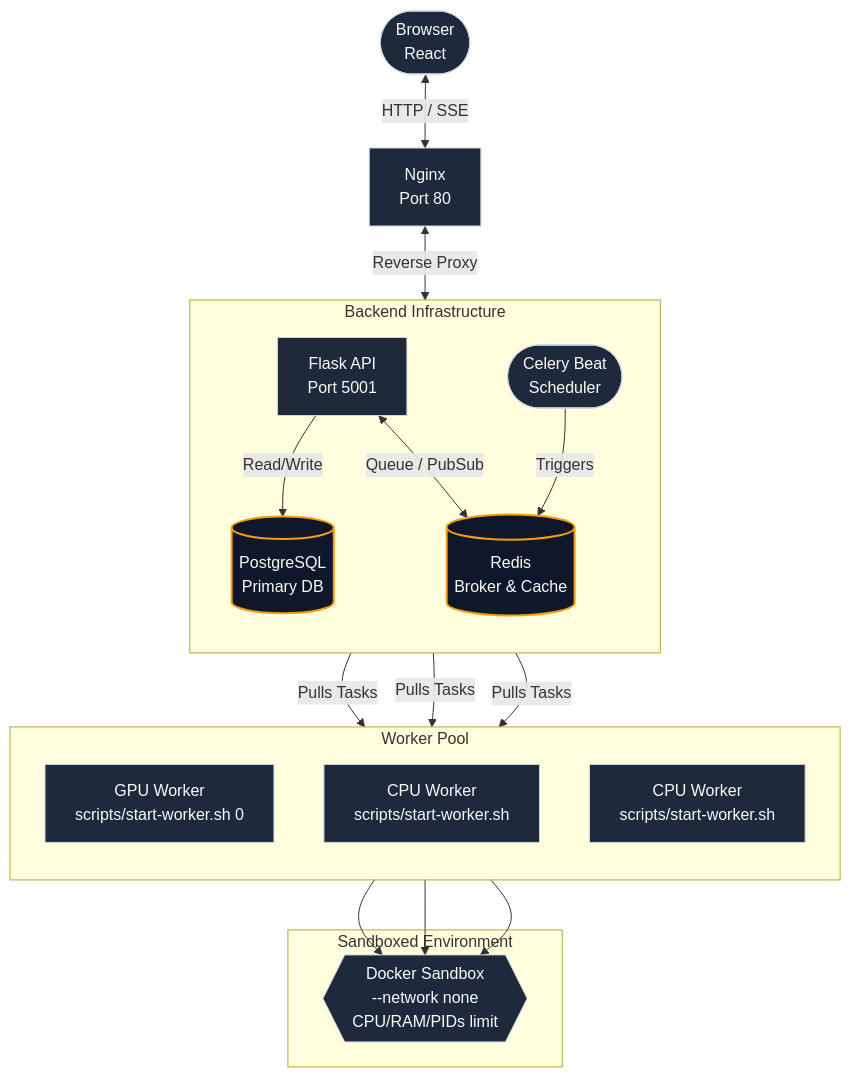
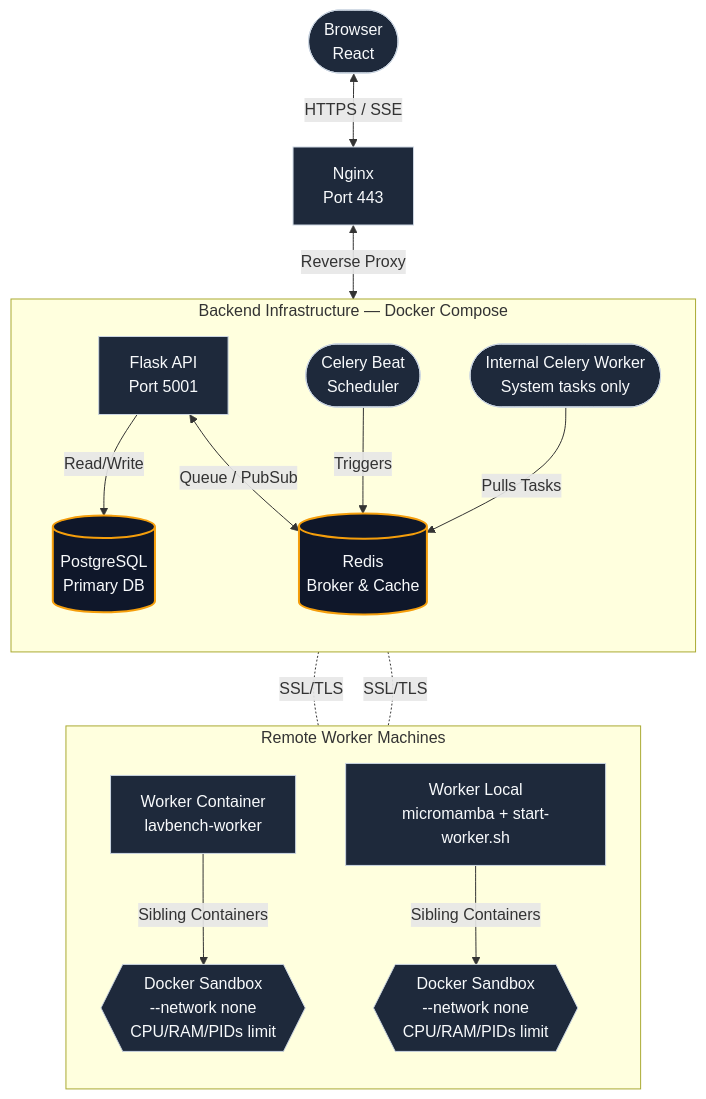
Before and after one commit to delyan-boychev/lavbench: the diagram in README.md, drawn with Mermaid. The commit also changed other lines of this file and 31 other files, not shown here.

First line of the commit message:
chore: repo governance, worker setup, interactive scripts, RAM-aware concurrency (#23)

````diff
--- a/README.md
+++ b/README.md
@@ -65,35 +60,31 @@
 ```mermaid
 flowchart TD
     %% Client & Gateway
-    Client([Browser<br>React]) <-->|HTTP / SSE| Nginx[Nginx<br>Port 80]
+    Client([Browser<br>React]) <-->|HTTPS / SSE| Nginx[Nginx<br>Port 443]
     Nginx <-->|Reverse Proxy| API[Flask API<br>Port 5001]
 
     %% Core Data & Message Broker
-    subgraph Core [Backend Infrastructure]
+    subgraph Core [Backend Infrastructure — Docker Compose]
         direction TB
         API -->|Read/Write| DB[(PostgreSQL<br>Primary DB)]
         API <-->|Queue / PubSub| Redis[(Redis<br>Broker & Cache)]
         Beat([Celery Beat<br>Scheduler]) -->|Triggers| Redis
+        Internal([Internal Celery Worker<br>System tasks only]) -->|Pulls Tasks| Redis
     end
 
-    %% Worker Nodes
-    subgraph Workers [Worker Pool]
+    %% Remote Worker Nodes
+    subgraph Remote [Remote Worker Machines]
         direction TB
-        Redis -->|Pulls Tasks| GPU[GPU Worker<br>scripts/start-worker.sh 0]
-        Redis -->|Pulls Tasks| CPU1[CPU Worker<br>scripts/start-worker.sh]
-        Redis -->|Pulls Tasks| CPU2[CPU Worker<br>scripts/start-worker.sh]
+        W1[Worker Container<br>lavbench-worker] -->|Sibling Containers| S1{{Docker Sandbox<br>--network none<br>CPU/RAM/PIDs limit}}
+        W2[Worker Local<br>micromamba + start-worker.sh] -->|Sibling Containers| S2{{Docker Sandbox<br>--network none<br>CPU/RAM/PIDs limit}}
     end
 
-    %% Execution Sandbox
-    subgraph Execution [Sandboxed Environment]
-        GPU --> Sandbox
-        CPU1 --> Sandbox
-        CPU2 --> Sandbox
-        Sandbox{{Docker Sandbox<br>--network none<br>CPU/RAM/PIDs limit}}
-    end
+    %% Connections from Redis to Workers
+    Redis -.-|SSL/TLS| W1
+    Redis -.-|SSL/TLS| W2
 
-    %% Styling (Optional but keeps it clean)
+    %% Styling
     classDef default fill:#1e293b,stroke:#cbd5e1,stroke-width:1px,color:#f8fafc;
     classDef database fill:#0f172a,stroke:#f59e0b,stroke-width:2px,color:#f8fafc;
     class DB,Redis database;
 ```
````
